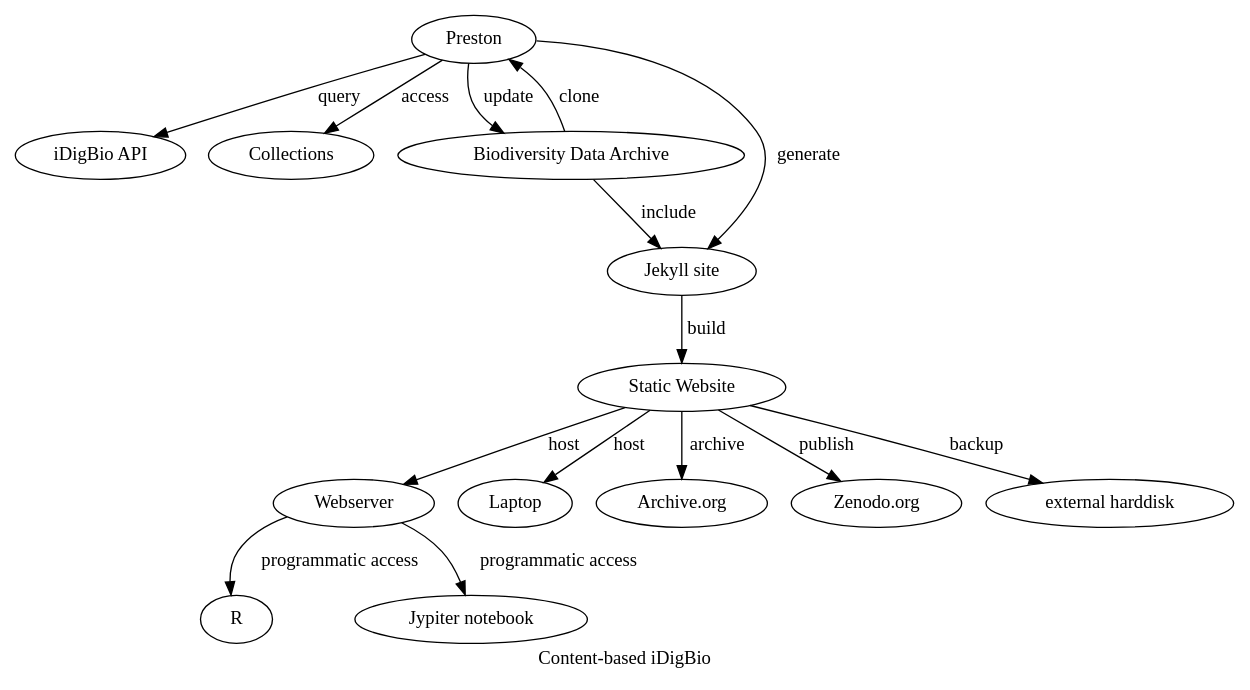
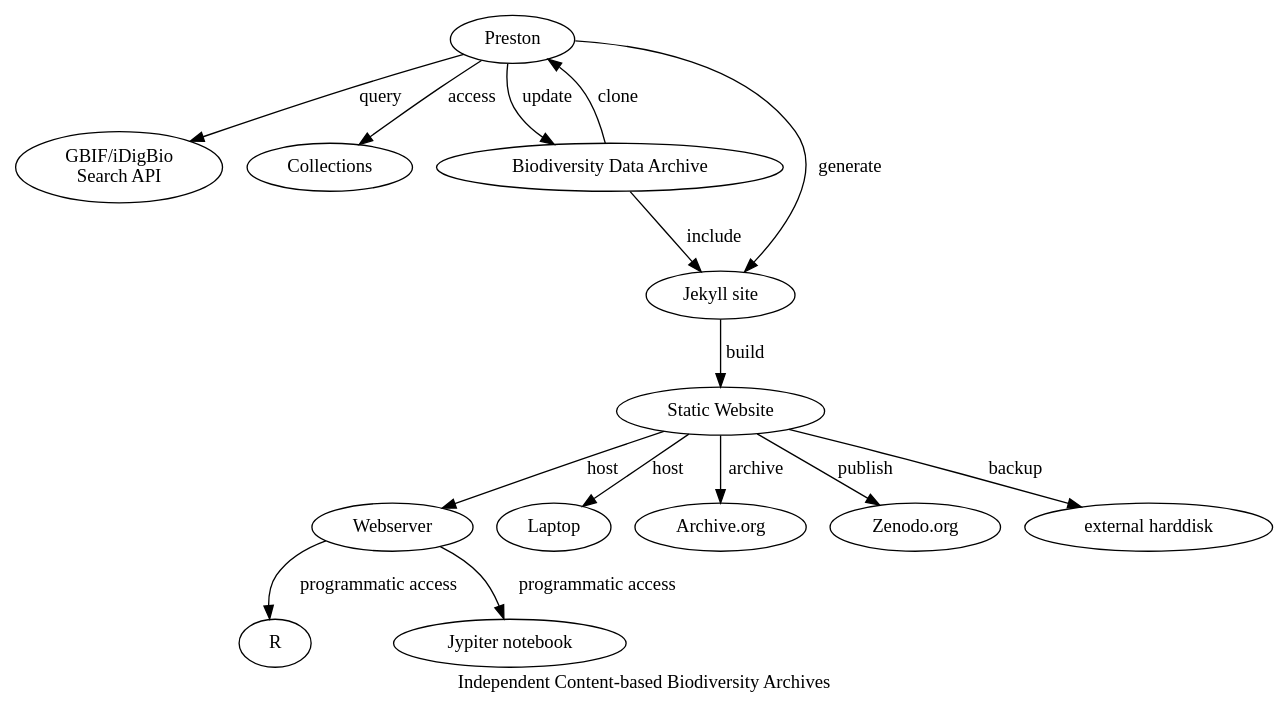
The diagram in assets/preston.dot (jhpoelen/fieldmuseum-lice), drawn with Graphviz before and after one commit. The commit also changed 5 other files, not shown here.

```diff
--- a/assets/preston.dot
+++ b/assets/preston.dot
@@ -1,21 +1,21 @@
 digraph idigbio {
     
-    "Preston"->"iDigBio API"[label="query"]
+    "Preston"->"GBIF/iDigBio\nSearch API"[label="query"]
     "Preston"->"Collections"[label="access"]
     "Preston"->"Biodiversity Data Archive"[label="update"]
     "Biodiversity Data Archive"->"Preston"[label="clone"]
     "Preston"->"Jekyll site"[label="generate"]
     "Biodiversity Data Archive"->"Jekyll site"[label="include"]
     "Jekyll site"->"Static Website"[label="build"]
 
     "Static Website"->"Webserver"[label="host"]
     "Static Website"->"Laptop"[label="host"]
     "Static Website"->"Archive.org"[label="archive"]
     "Static Website"->"Zenodo.org"[label="publish"]
     "Static Website"->"external harddisk"[label="backup"]
 
     "Webserver"->"R"[label="programmatic access"]
     "Webserver"->"Jypiter notebook"[label="programmatic access"]
 
-    label="Content-based iDigBio"
+    label="Independent Content-based Biodiversity Archives"
 }
```
